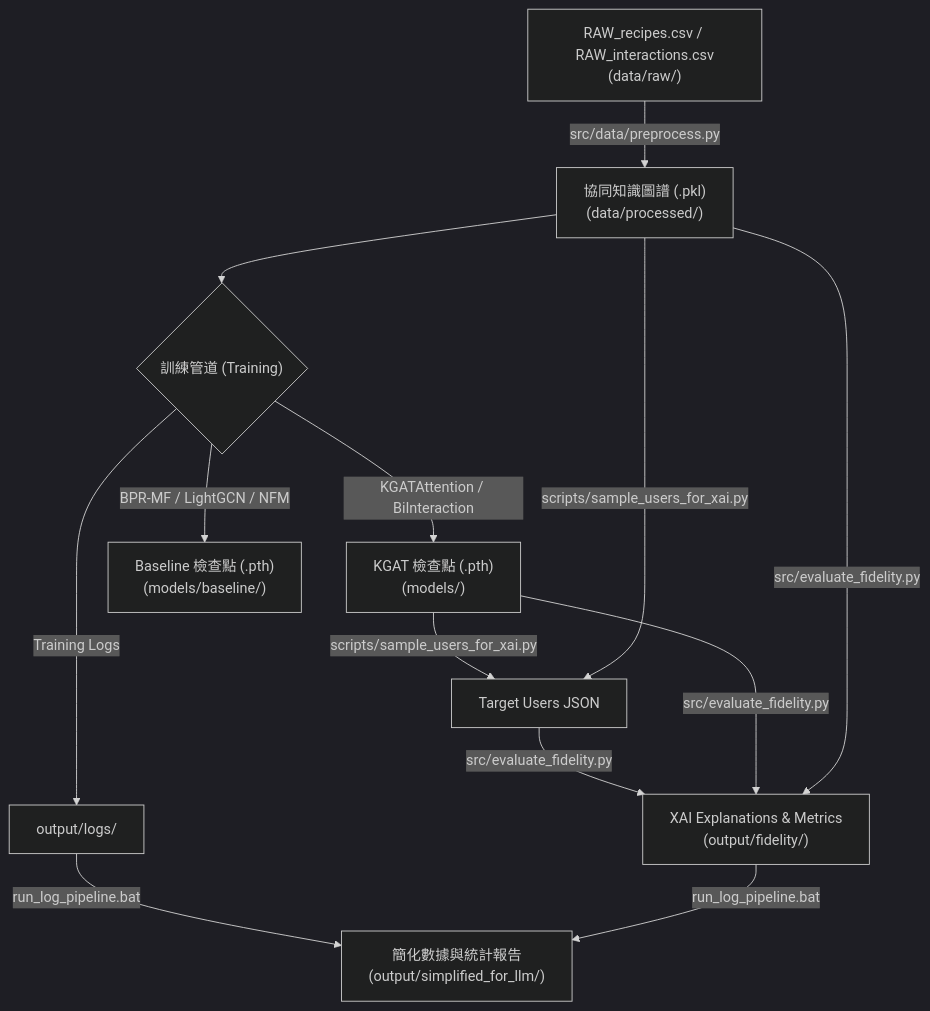
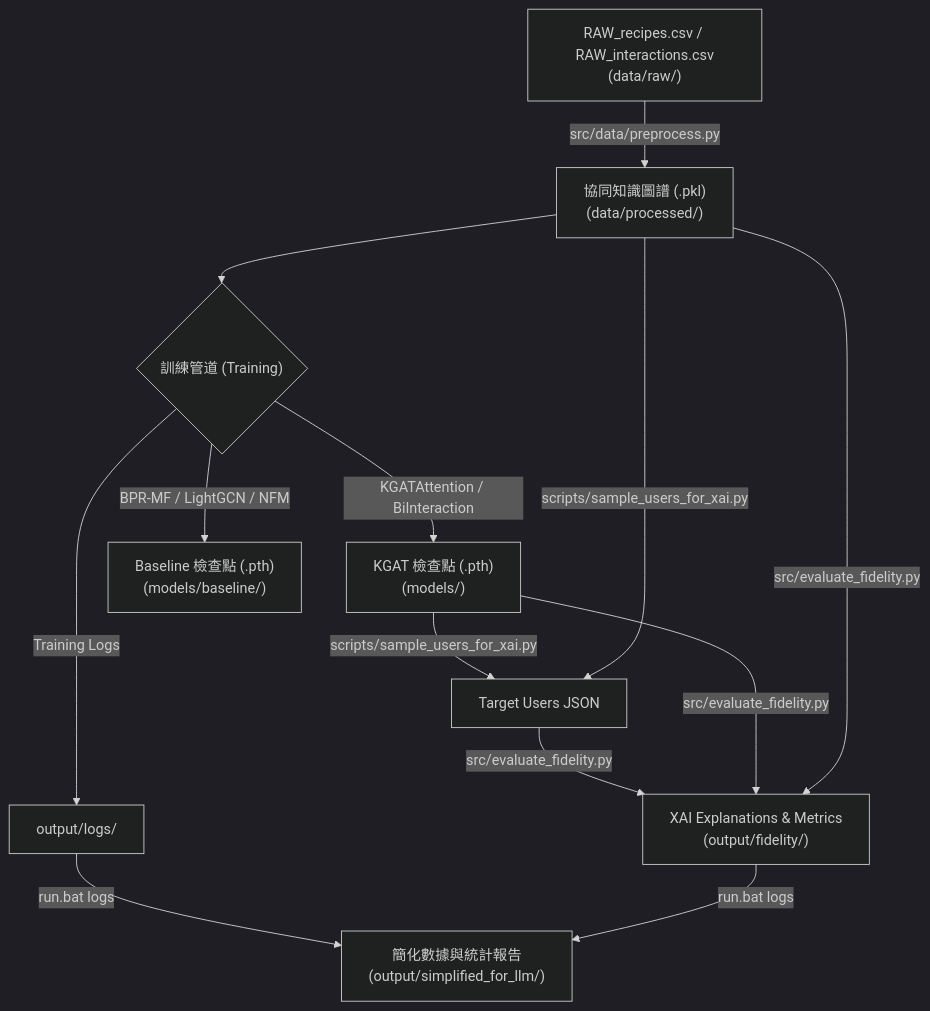
One commit to AeschyJ/Recipe-Recommendation-KGAT changed the diagram in README.md. Above: the diagram before and after it, drawn with Mermaid (dark theme). The commit also changed other lines of this file and 18 other files, not shown here.

Commit message:
refactor(cli): converge 7 batch scripts into thin run.bat and main.py router

````diff
--- a/README.md
+++ b/README.md
@@ -30,14 +30,14 @@
 ```mermaid
 graph TD
     A["RAW_recipes.csv / RAW_interactions.csv<br/>(data/raw/)"] -->|src/data/preprocess.py| B["協同知識圖譜 (.pkl)<br/>(data/processed/)"]
     
     B --> C{"訓練管道 (Training)"}
     C -->|KGATAttention / BiInteraction| D["KGAT 檢查點 (.pth)<br/>(models/)"]
     C -->|BPR-MF / LightGCN / NFM| E["Baseline 檢查點 (.pth)<br/>(models/baseline/)"]
     
     D & B -->|scripts/sample_users_for_xai.py| F["Target Users JSON"]
     F & D & B -->|src/evaluate_fidelity.py| G["XAI Explanations & Metrics<br/>(output/fidelity/)"]
     
     C -->|Training Logs| H["output/logs/"]
-    H & G -->|run_log_pipeline.bat| I["簡化數據與統計報告<br/>(output/simplified_for_llm/)"]
+    H & G -->|run.bat logs| I["簡化數據與統計報告<br/>(output/simplified_for_llm/)"]
 ```
````
